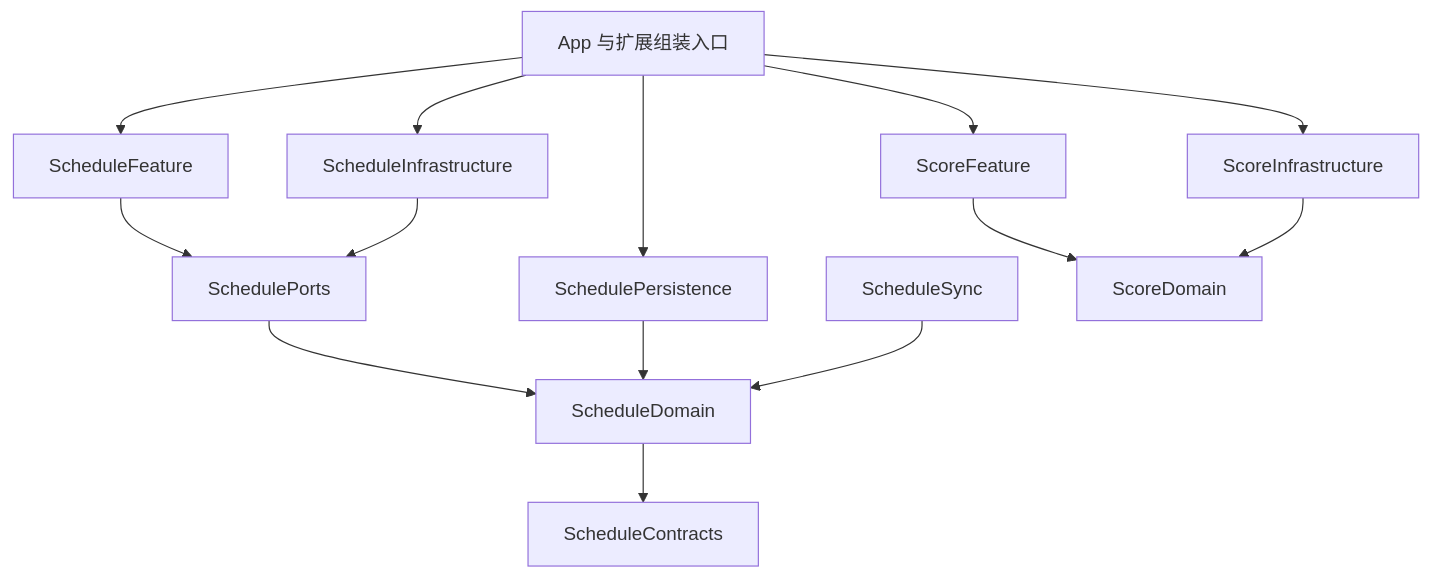
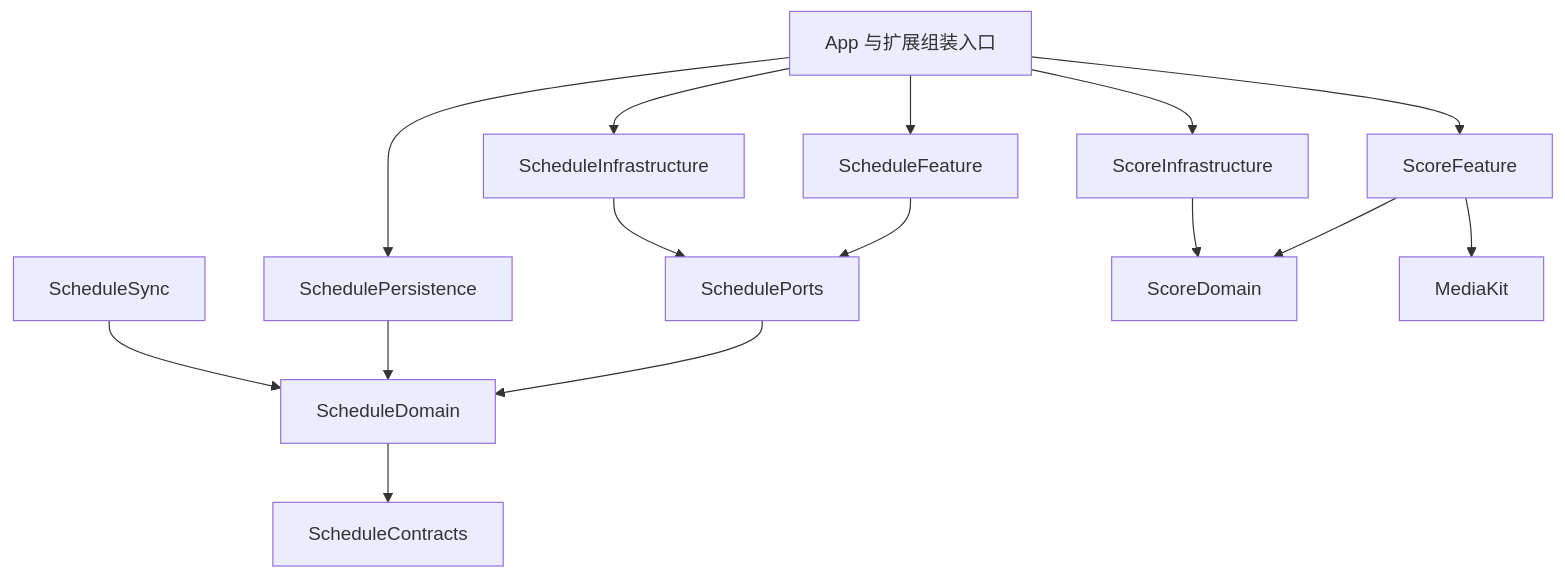
Before and after one commit to BIT101-dev/BIT101-iOS: the diagram in docs/ARCHITECTURE.md, drawn with Mermaid. The commit also changed other lines of this file and 28 other files, not shown here.

````diff
--- a/docs/ARCHITECTURE.md
+++ b/docs/ARCHITECTURE.md
@@ -31,16 +31,17 @@
 ```mermaid
 flowchart TD
     App[App 与扩展组装入口] --> ScheduleFeature
     App --> ScheduleInfrastructure
     App --> SchedulePersistence
     App --> ScoreFeature
     App --> ScoreInfrastructure
     ScheduleFeature --> SchedulePorts
     ScheduleInfrastructure --> SchedulePorts
     SchedulePorts --> ScheduleDomain
     SchedulePersistence --> ScheduleDomain
     ScheduleDomain --> ScheduleContracts
     ScheduleSync --> ScheduleDomain
     ScoreFeature --> ScoreDomain
+    ScoreFeature --> MediaKit
     ScoreInfrastructure --> ScoreDomain
 ```
````
